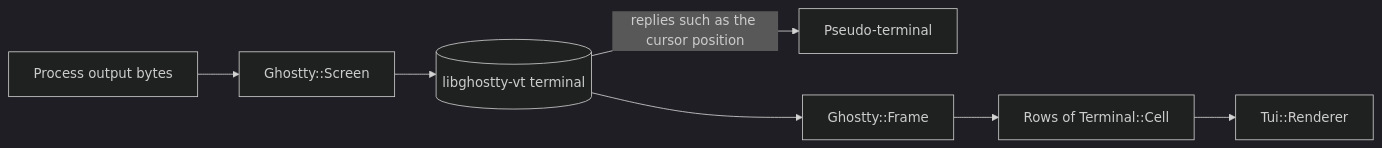
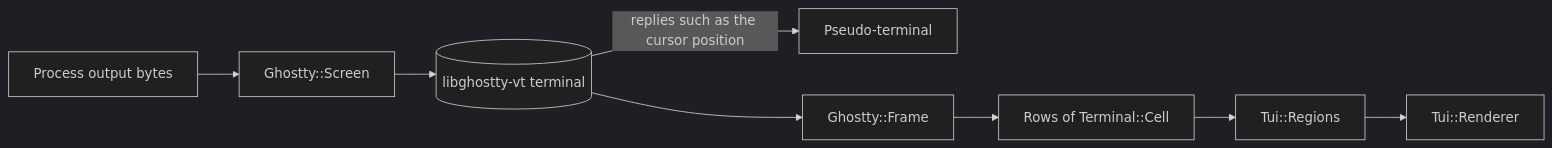
One commit to bert-mccutchen/hostty changed the fifth of 5 diagrams in docs/development/architecture.md. Above: the diagram before and after it, drawn with Mermaid (dark theme). The commit also changed other lines of this file and 80 other files, not shown here.

````diff
--- a/docs/development/architecture.md
+++ b/docs/development/architecture.md
@@ -138,9 +140,10 @@
 ```mermaid
 flowchart LR
     bytes["Process output bytes"] --> screen["Ghostty::Screen"]
     screen --> lib[("libghostty-vt terminal")]
     lib -- "replies such as the cursor position" --> pty["Pseudo-terminal"]
     lib --> frame["Ghostty::Frame"]
     frame --> cells["Rows of Terminal::Cell"]
-    cells --> renderer["Tui::Renderer"]
+    cells --> regions["Tui::Regions"]
+    regions --> renderer["Tui::Renderer"]
 ```
````
